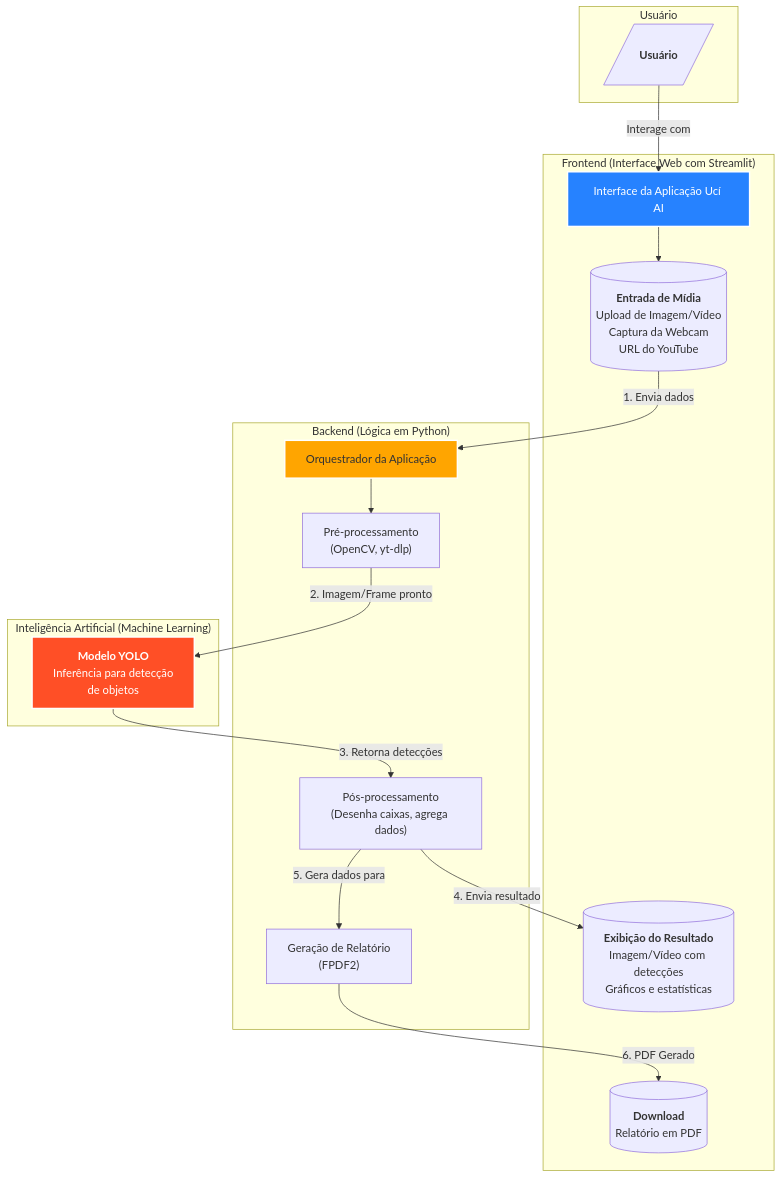
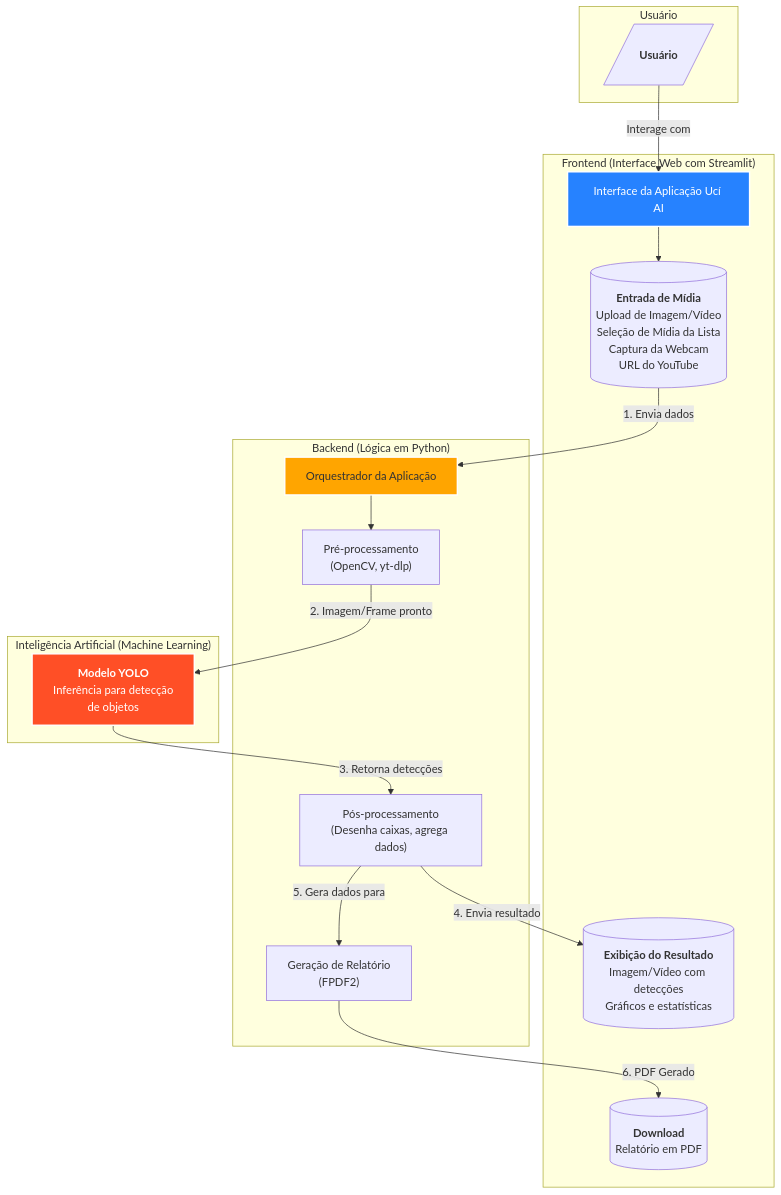
The diagram in README.md (jpscard/Uci-AI), drawn with Mermaid before and after one commit. The commit also changed other lines of this file and 21 other files, not shown here.

````diff
--- a/README.md
+++ b/README.md
@@ -15,38 +15,38 @@
 ```mermaid
 graph TD
     subgraph "Usuário"
         User[/"<br><b>Usuário</b><br><br>"/]
     end
 
     subgraph "Frontend (Interface Web com Streamlit)"
         style UI fill:#2682FF,stroke:#FFF,stroke-width:2px,color:#FFF
         UI[Interface da Aplicação Ucí AI]
-        Input[("<b>Entrada de Mídia</b><br>Upload de Imagem/Vídeo<br>Captura da Webcam<br>URL do YouTube")]
+        Input[("<b>Entrada de Mídia</b><br>Upload de Imagem/Vídeo<br>Seleção de Mídia da Lista<br>Captura da Webcam<br>URL do YouTube")]
         Output[("<b>Exibição do Resultado</b><br>Imagem/Vídeo com detecções<br>Gráficos e estatísticas")]
         Download[("<b>Download</b><br>Relatório em PDF")]
     end
     
     subgraph "Backend (Lógica em Python)"
         style Logic fill:#FFA500,stroke:#FFF,stroke-width:2px,color:#333
         Logic[Orquestrador da Aplicação]
         PreProcessing["Pré-processamento<br>(OpenCV, yt-dlp)"]
         PostProcessing["Pós-processamento<br>(Desenha caixas, agrega dados)"]
         ReportGen["Geração de Relatório<br>(FPDF2)"]
     end
 
     subgraph "Inteligência Artificial (Machine Learning)"
         style AI_Model fill:#FF4F26,stroke:#FFF,stroke-width:2px,color:#FFF
         AI_Model["<b>Modelo YOLO</b><br>Inferência para detecção<br>de objetos"]
     end
 
     %% Conexões do Fluxo
     User -- "Interage com" --> UI
     UI --> Input
     Input -- "1. Envia dados" --> Logic
     Logic --> PreProcessing
     PreProcessing -- "2. Imagem/Frame pronto" --> AI_Model
     AI_Model -- "3. Retorna detecções" --> PostProcessing
     PostProcessing -- "4. Envia resultado" --> Output
     PostProcessing -- "5. Gera dados para" --> ReportGen
     ReportGen -- "6. PDF Gerado" --> Download
 ```
````
